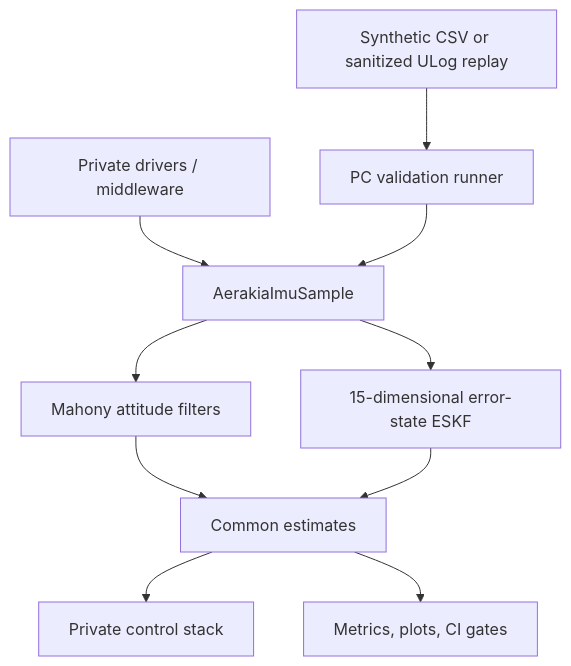
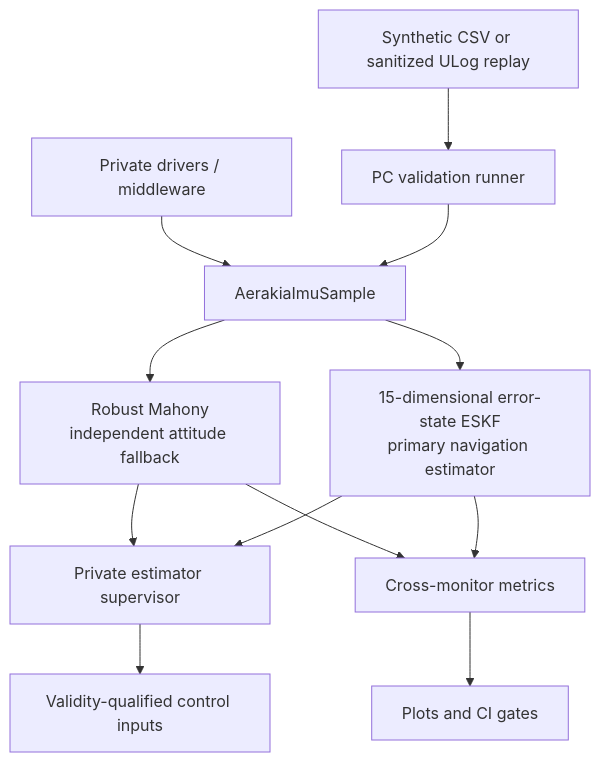
Before and after one commit to Sailiono/aerakia-flight-algorithms: the diagram in docs/architecture.md, drawn with Mermaid. The commit also changed other lines of this file and 13 other files, not shown here.

````diff
--- a/docs/architecture.md
+++ b/docs/architecture.md
@@ -5,12 +5,14 @@
 ```mermaid
 flowchart TD
     A["Private drivers / middleware"] --> B["AerakiaImuSample"]
     C["Synthetic CSV or sanitized ULog replay"] --> D["PC validation runner"]
     D --> B
-    B --> E["Mahony attitude filters"]
-    B --> F["15-dimensional error-state ESKF"]
-    E --> G["Common estimates"]
+    B --> E["Robust Mahony<br/>independent attitude fallback"]
+    B --> F["15-dimensional error-state ESKF<br/>primary navigation estimator"]
+    E --> G["Private estimator supervisor"]
     F --> G
-    G --> H["Private control stack"]
-    G --> I["Metrics, plots, CI gates"]
+    G --> H["Validity-qualified control inputs"]
+    E --> I["Cross-monitor metrics"]
+    F --> I
+    I --> J["Plots and CI gates"]
 ```
````
